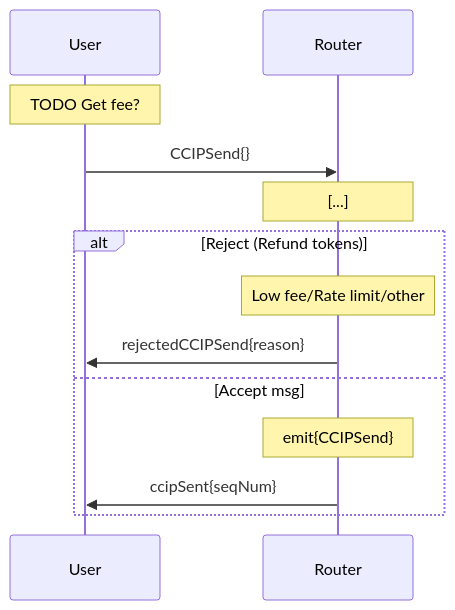
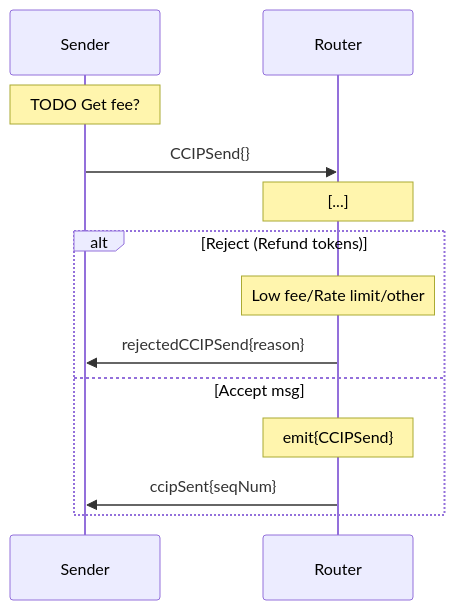
Before and after one commit to fork-the-planet/smartcontractkit___chainlink-ton: the first of 2 diagrams in docs/contracts/ccip/flow/onramp/user-interface.md, drawn with Mermaid. The commit also changed other lines of this file and 12 other files, not shown here.

Commit message:
[NONEVM-2831] Update documentation on Message Flow #270

````diff
--- a/docs/contracts/ccip/flow/onramp/user-interface.md
+++ b/docs/contracts/ccip/flow/onramp/user-interface.md
@@ -5,19 +5,19 @@
 ```mermaid
 sequenceDiagram
-    participant U as User
+    participant U as Sender
     participant R as Router
 
     Note over U: TODO Get fee?
 
     U ->> R: CCIPSend{}
     
     Note over R: [...]
     alt Reject (Refund tokens)
     Note over R: Low fee/Rate limit/other
     R ->> U: rejectedCCIPSend{reason}
   
     else Accept msg
     Note over R: emit{CCIPSend}
     R ->> U: ccipSent{seqNum}
     end
 ```
````
